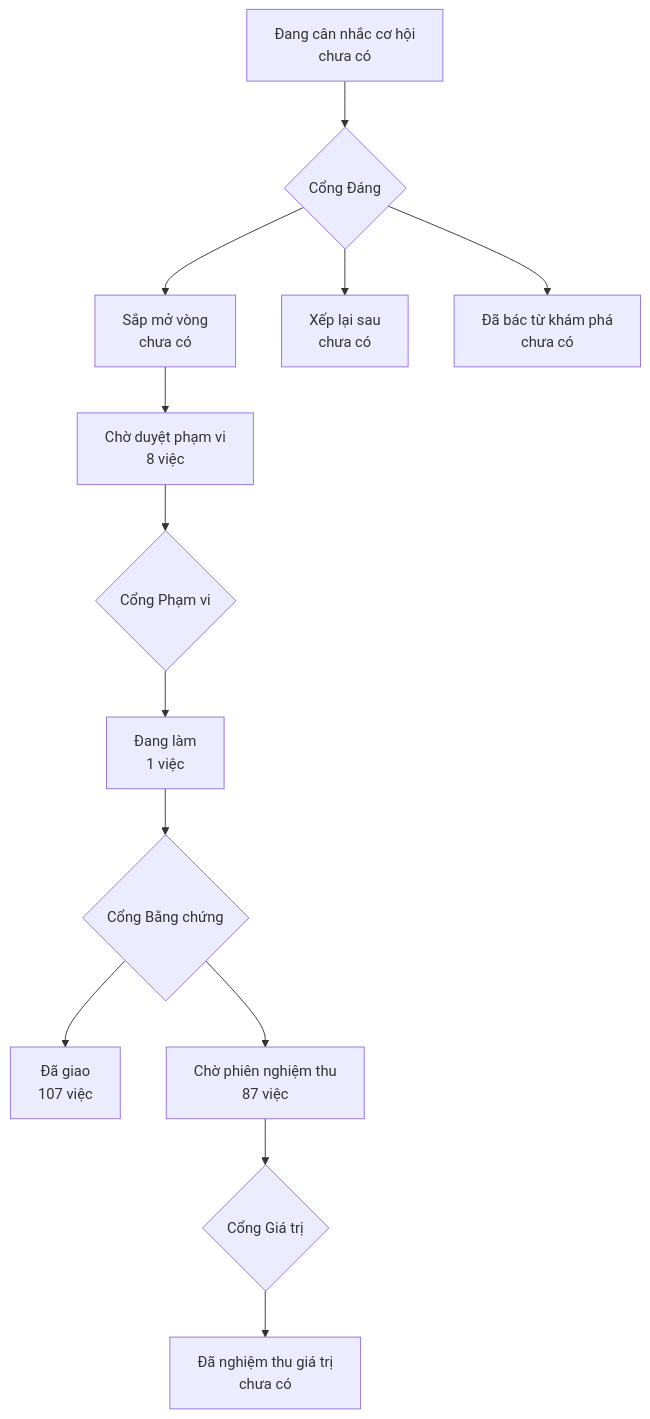
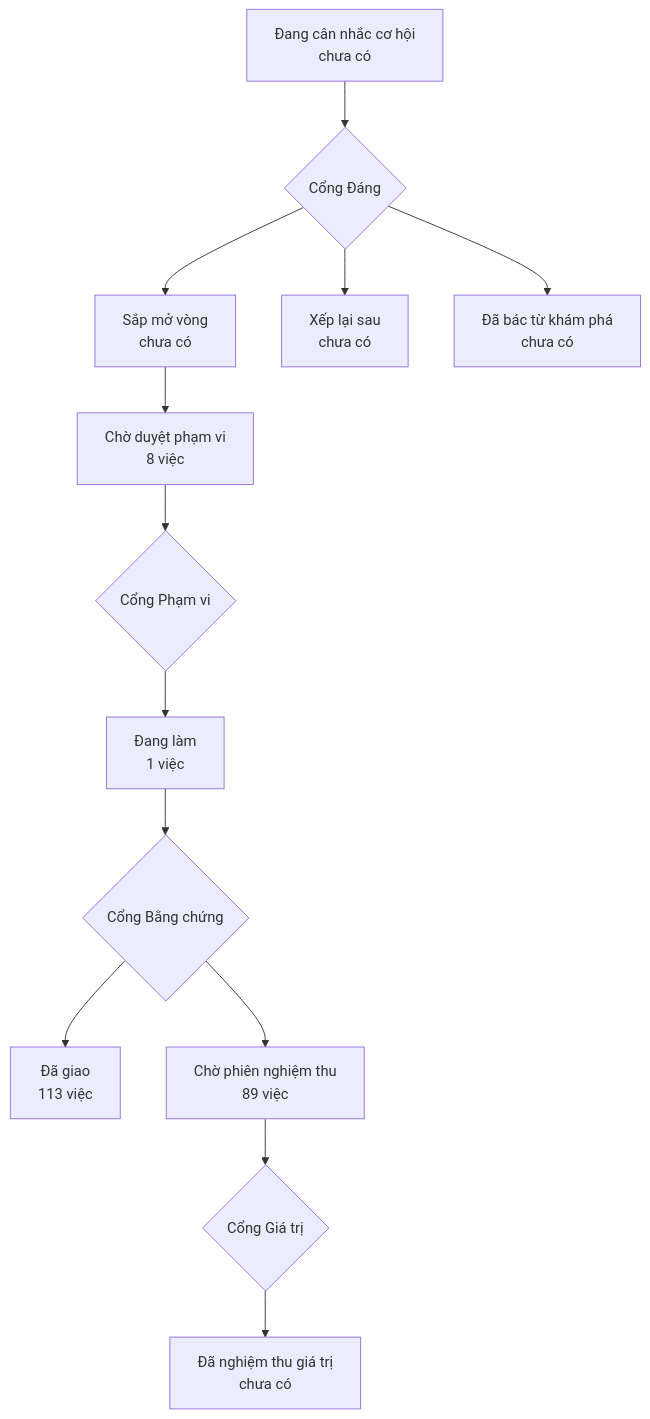
The diagram in PRODUCT-MAP.md (phanlemanh/onehub-invest), drawn with Mermaid before and after one commit. The commit also changed other lines of this file and 1 other file, not shown here.

````diff
--- a/PRODUCT-MAP.md
+++ b/PRODUCT-MAP.md
@@ -7,12 +7,12 @@
 ```mermaid
 flowchart TD
   A["Đang cân nhắc cơ hội<br/>chưa có"] --> GD{"Cổng Đáng"}
   GD --> B["Sắp mở vòng<br/>chưa có"]
   GD --> XL["Xếp lại sau<br/>chưa có"]
   GD --> DB["Đã bác từ khám phá<br/>chưa có"]
   B --> CD["Chờ duyệt phạm vi<br/>8 việc"] --> GP{"Cổng Phạm vi"}
   GP --> DL["Đang làm<br/>1 việc"] --> GB{"Cổng Bằng chứng"}
-  GB --> DG["Đã giao<br/>107 việc"]
-  GB --> CN["Chờ phiên nghiệm thu<br/>87 việc"] --> GG{"Cổng Giá trị"}
+  GB --> DG["Đã giao<br/>113 việc"]
+  GB --> CN["Chờ phiên nghiệm thu<br/>89 việc"] --> GG{"Cổng Giá trị"}
   GG --> NT["Đã nghiệm thu giá trị<br/>chưa có"]
 ```
````
